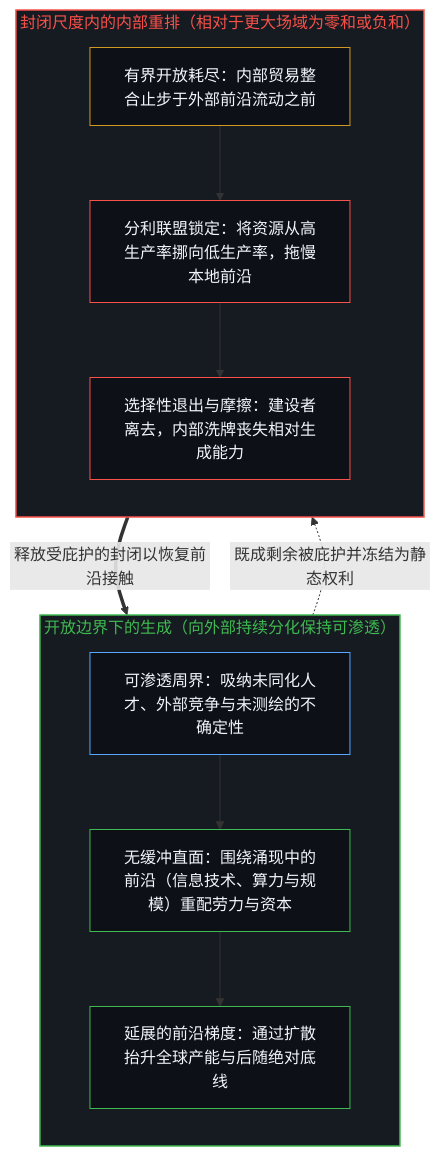
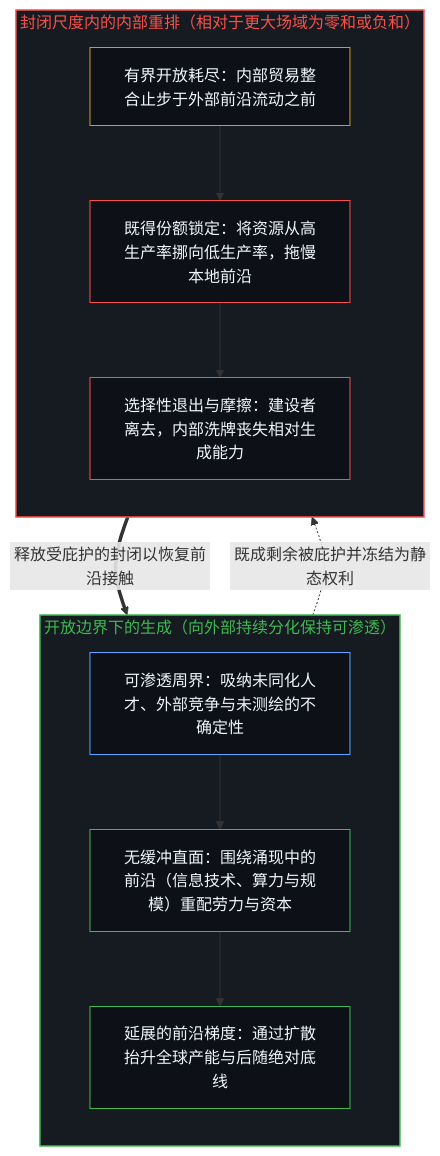
One commit to powerpig99/not-a-toe changed the third of 4 diagrams in content/posts/generation-beyond-the-boundary-and-internal-rearrangement.md. Above: the diagram before and after it, drawn with Mermaid. The commit also changed other lines of this file and 24 other files, not shown here.

````diff
--- a/content/posts/generation-beyond-the-boundary-and-internal-rearrangement.md
+++ b/content/posts/generation-beyond-the-boundary-and-internal-rearrangement.md
@@ -125,27 +125,27 @@
 ```mermaid
 flowchart TD
     subgraph S_Ext["开放边界下的生成（向外部持续分化保持可渗透）"]
         direction TB
         G1["可渗透周界：吸纳未同化人才、外部竞争与未测绘的不确定性"]
         G2["无缓冲直面：围绕涌现中的前沿（信息技术、算力与规模）重配劳力与资本"]
         G3["延展的前沿梯度：通过扩散抬升全球产能与后随绝对底线"]
         G1 --> G2 --> G3
     end
     subgraph S_Int["封闭尺度内的内部重排（相对于更大场域为零和或负和）"]
         direction TB
         R1["有界开放耗尽：内部贸易整合止步于外部前沿流动之前"]
-        R2["分利联盟锁定：将资源从高生产率挪向低生产率，拖慢本地前沿"]
+        R2["既得份额锁定：将资源从高生产率挪向低生产率，拖慢本地前沿"]
         R3["选择性退出与摩擦：建设者离去，内部洗牌丧失相对生成能力"]
         R1 --> R2 --> R3
     end
     G3 -.->|"既成剩余被庇护并冻结为静态权利"| R1
     R3 ==>|"释放受庇护的封闭以恢复前沿接触"| G1
     style S_Ext fill:#161b22,stroke:#3fb950,stroke-width:1.5px,color:#3fb950
     style S_Int fill:#161b22,stroke:#f85149,stroke-width:1.5px,color:#f85149
     style G1 fill:#0d1117,stroke:#58a6ff,stroke-width:1px,color:#f0f6fc
     style G2 fill:#0d1117,stroke:#3fb950,stroke-width:1px,color:#f0f6fc
     style G3 fill:#0d1117,stroke:#3fb950,stroke-width:1px,color:#f0f6fc
     style R1 fill:#0d1117,stroke:#d29922,stroke-width:1px,color:#f0f6fc
     style R2 fill:#0d1117,stroke:#f85149,stroke-width:1px,color:#f0f6fc
     style R3 fill:#0d1117,stroke:#f85149,stroke-width:1px,color:#f0f6fc
 ```
````
